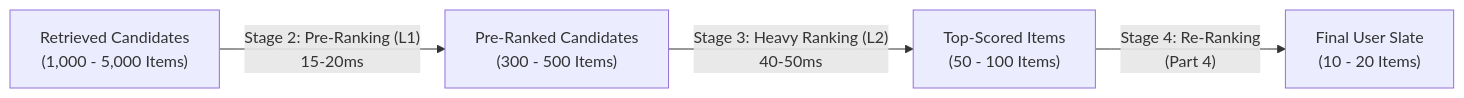
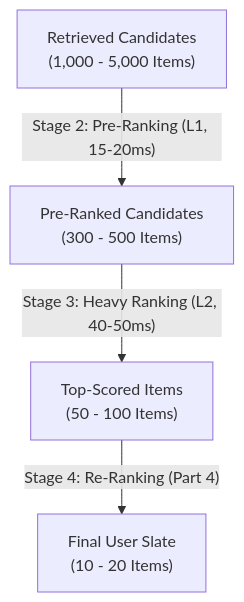
The first of 15 diagrams in System_Design/01_Recommendation_Systems/Part_2_Ranking_PreRanking_and_Feature_Engineering.md (jyotipmahes/ML-Interview-Prep), drawn with Mermaid before and after one commit. The commit also changed other lines of this file, not shown here.

````diff
--- a/System_Design/01_Recommendation_Systems/Part_2_Ranking_PreRanking_and_Feature_Engineering.md
+++ b/System_Design/01_Recommendation_Systems/Part_2_Ranking_PreRanking_and_Feature_Engineering.md
@@ -11,6 +11,6 @@
 ```mermaid
-flowchart LR
-    Retrieval["Retrieved Candidates<br/>(1,000 - 5,000 Items)"] -->|"Stage 2: Pre-Ranking (L1)<br/>15-20ms"| L1["Pre-Ranked Candidates<br/>(300 - 500 Items)"]
-    L1 -->|"Stage 3: Heavy Ranking (L2)<br/>40-50ms"| L2["Top-Scored Items<br/>(50 - 100 Items)"]
-    L2 -->|"Stage 4: Re-Ranking<br/>(Part 4)"| Slate["Final User Slate<br/>(10 - 20 Items)"]
+flowchart TD
+    Retrieval["Retrieved Candidates<br/>(1,000 - 5,000 Items)"] -->|"Stage 2: Pre-Ranking (L1, 15-20ms)"| L1["Pre-Ranked Candidates<br/>(300 - 500 Items)"]
+    L1 -->|"Stage 3: Heavy Ranking (L2, 40-50ms)"| L2["Top-Scored Items<br/>(50 - 100 Items)"]
+    L2 -->|"Stage 4: Re-Ranking (Part 4)"| Slate["Final User Slate<br/>(10 - 20 Items)"]
 ```
````
